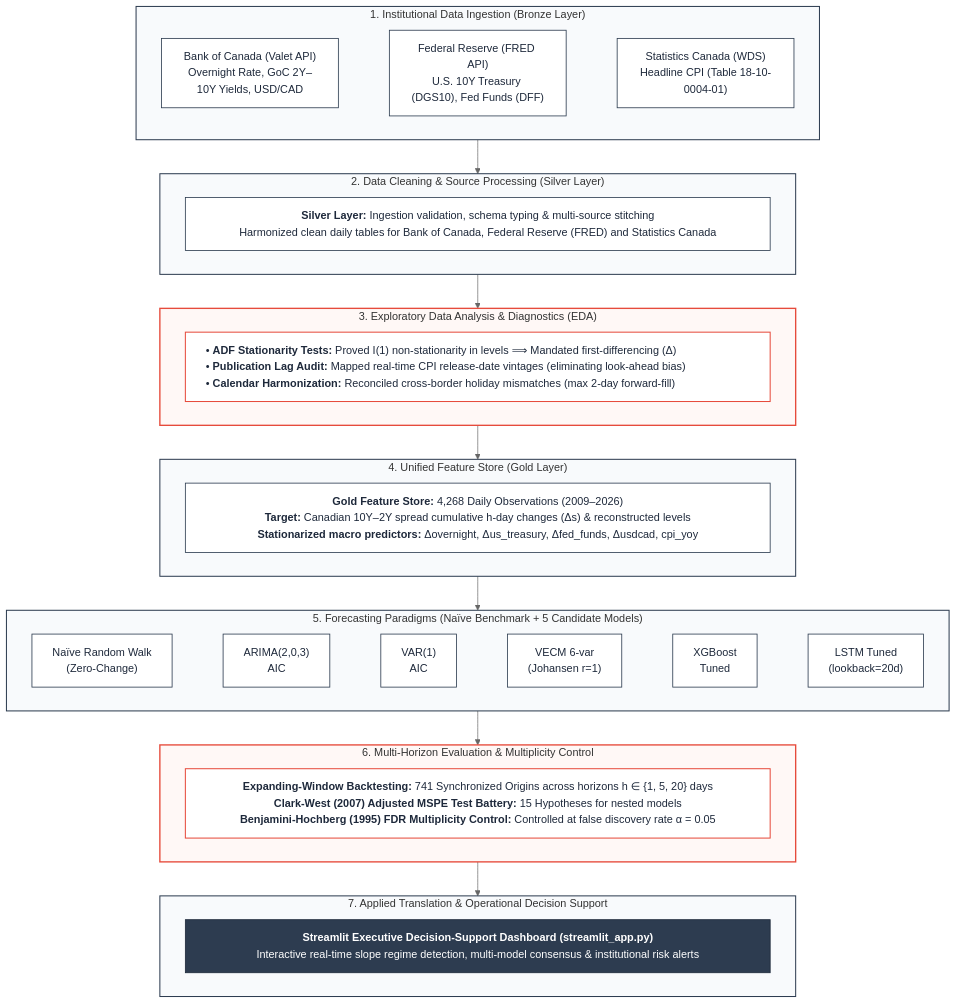
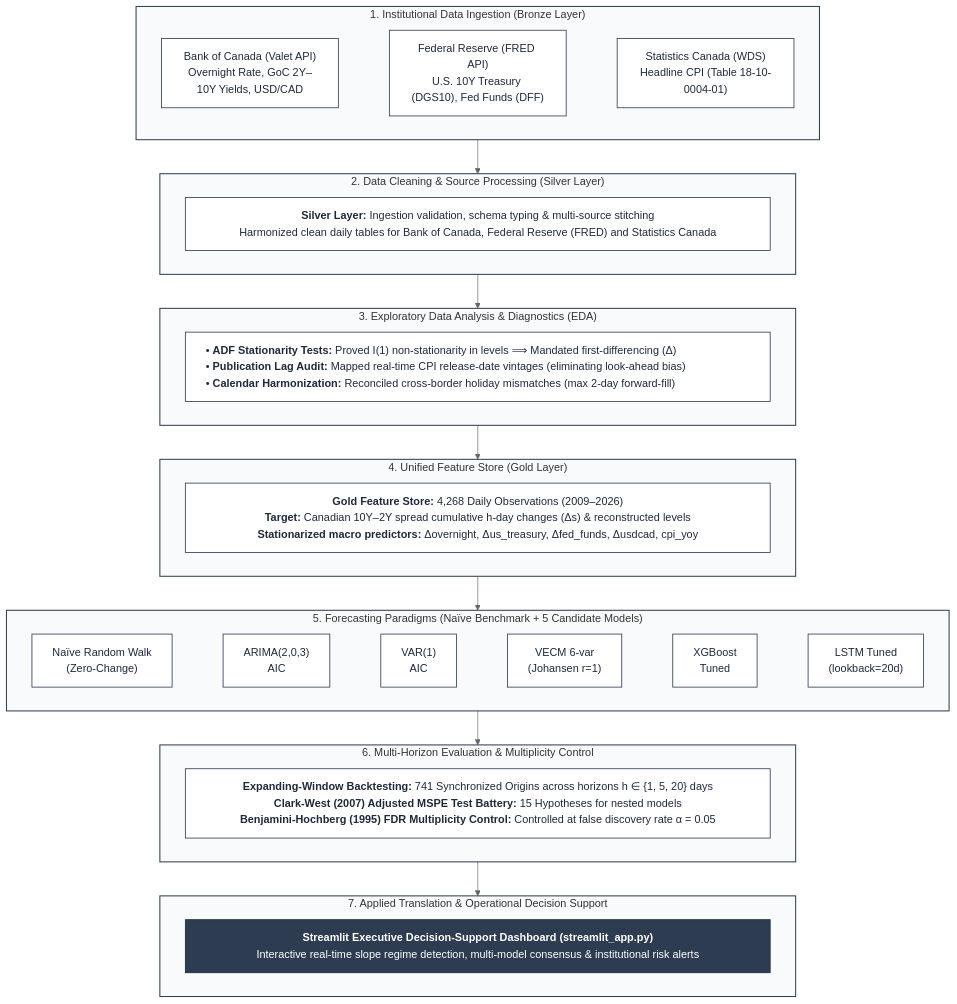
Before and after one commit to nholguinrh/DAMO-699-Capstone-project-GRP5: the diagram in src/reporting/pipeline_diagram.mmd, drawn with Mermaid (neutral theme). The commit also changed 7 other files, not shown here.

```diff
--- a/src/reporting/pipeline_diagram.mmd
+++ b/src/reporting/pipeline_diagram.mmd
@@ -1,46 +1,46 @@
 flowchart TD
     subgraph S1 ["1. Institutional Data Ingestion (Bronze Layer)"]
         A["Bank of Canada (Valet API)<br>Overnight Rate, GoC 2Y–10Y Yields, USD/CAD"] ~~~ B["Federal Reserve (FRED API)<br>U.S. 10Y Treasury (DGS10), Fed Funds (DFF)"] ~~~ C["Statistics Canada (WDS)<br>Headline CPI (Table 18-10-0004-01)"]
     end
 
     subgraph S2 ["2. Data Cleaning & Source Processing (Silver Layer)"]
         D["<div style='width:800px;'><b>Silver Layer:</b> Ingestion validation, schema typing & multi-source stitching<br>Harmonized clean daily tables for Bank of Canada, Federal Reserve (FRED) and Statistics Canada</div>"]
     end
 
     subgraph S3 ["3. Exploratory Data Analysis & Diagnostics (EDA)"]
         E["<div style='width:800px; text-align:left;'>• <b>ADF Stationarity Tests:</b> Proved I(1) non-stationarity in levels ⟹ Mandated first-differencing (Δ)<br>• <b>Publication Lag Audit:</b> Mapped real-time CPI release-date vintages (eliminating look-ahead bias)<br>• <b>Calendar Harmonization:</b> Reconciled cross-border holiday mismatches (max 2-day forward-fill)</div>"]
     end
 
     subgraph S4 ["4. Unified Feature Store (Gold Layer)"]
         F["<div style='width:800px;'><b>Gold Feature Store:</b> 4,268 Daily Observations (2009–2026)<br><b>Target:</b> Canadian 10Y–2Y spread cumulative h-day changes (Δs) & reconstructed levels<br><b>Stationarized macro predictors:</b> Δovernight, Δus_treasury, Δfed_funds, Δusdcad, cpi_yoy</div>"]
     end
 
     subgraph S5 ["5. Forecasting Paradigms (Naïve Benchmark + 5 Candidate Models)"]
         G["Naïve Random Walk<br>(Zero-Change)"] ~~~ H["ARIMA(2,0,3)<br>AIC"] ~~~ I["VAR(1)<br>AIC"] ~~~ J["VECM 6-var<br>(Johansen r=1)"] ~~~ K["XGBoost<br>Tuned"] ~~~ L["LSTM Tuned<br>(lookback=20d)"]
     end
 
     subgraph S6 ["6. Multi-Horizon Evaluation & Multiplicity Control"]
         M["<div style='width:800px;'><b>Expanding-Window Backtesting:</b> 741 Synchronized Origins across horizons h ∈ {1, 5, 20} days<br><b>Clark-West (2007) Adjusted MSPE Test Battery:</b> 15 Hypotheses for nested models<br><b>Benjamini-Hochberg (1995) FDR Multiplicity Control:</b> Controlled at false discovery rate α = 0.05</div>"]
     end
 
     subgraph S7 ["7. Applied Translation & Operational Decision Support"]
         N["<div style='width:800px;'><b>Streamlit Executive Decision-Support Dashboard (streamlit_app.py)</b><br>Interactive real-time slope regime detection, multi-model consensus & institutional risk alerts</div>"]
     end
 
     S1 --> S2 --> S3 --> S4 --> S5 --> S6 --> S7
 
     style S1 fill:#f8fafc,stroke:#2d3c50,stroke-width:1.5px
     style S2 fill:#f8fafc,stroke:#2d3c50,stroke-width:1.5px
-    style S3 fill:#fff8f6,stroke:#e64b3c,stroke-width:2px
+    style S3 fill:#f8fafc,stroke:#2d3c50,stroke-width:1.5px
     style S4 fill:#f8fafc,stroke:#2d3c50,stroke-width:1.5px
     style S5 fill:#f8fafc,stroke:#2d3c50,stroke-width:1.5px
-    style S6 fill:#fff8f6,stroke:#e64b3c,stroke-width:2px
+    style S6 fill:#f8fafc,stroke:#2d3c50,stroke-width:1.5px
     style S7 fill:#f8fafc,stroke:#2d3c50,stroke-width:1.5px
 
     classDef defaultNode fill:#ffffff,stroke:#2d3c50,stroke-width:1.2px,color:#1e293b;
-    classDef accentNode fill:#ffffff,stroke:#e64b3c,stroke-width:1.5px,color:#1e293b;
+    classDef accentNode fill:#ffffff,stroke:#2d3c50,stroke-width:1.2px,color:#1e293b;
     classDef darkNode fill:#2d3c50,stroke:#1e293b,stroke-width:1.2px,color:#ffffff;
 
     class A,B,C,D,F,G,H,I,J,K,L defaultNode;
     class E,M accentNode;
     class N darkNode;
```
